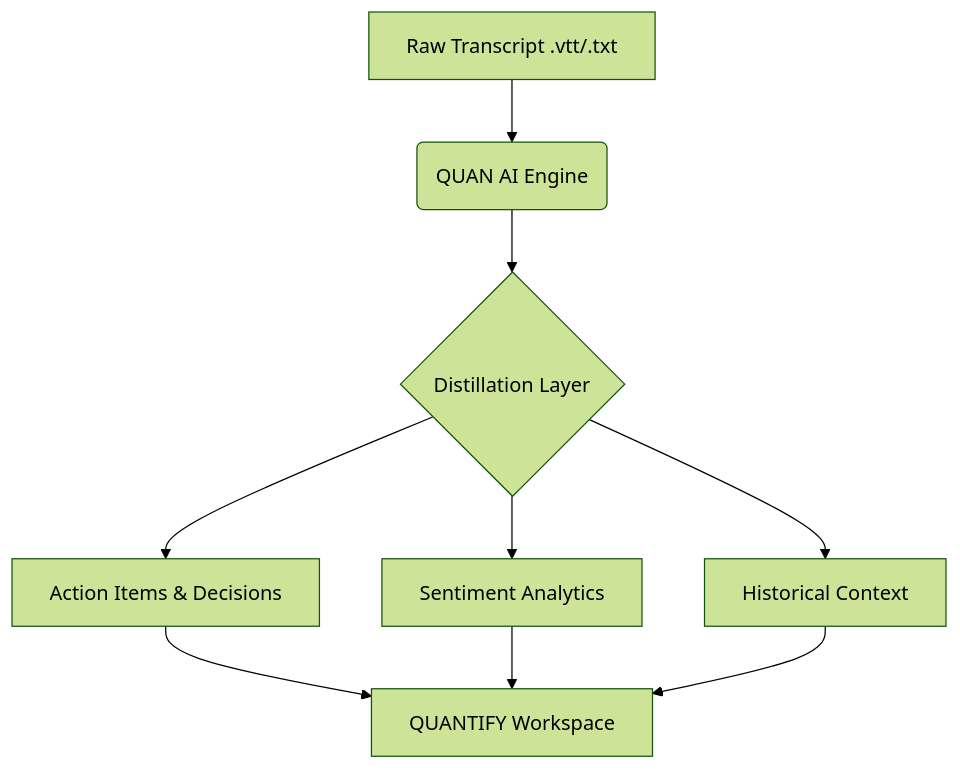
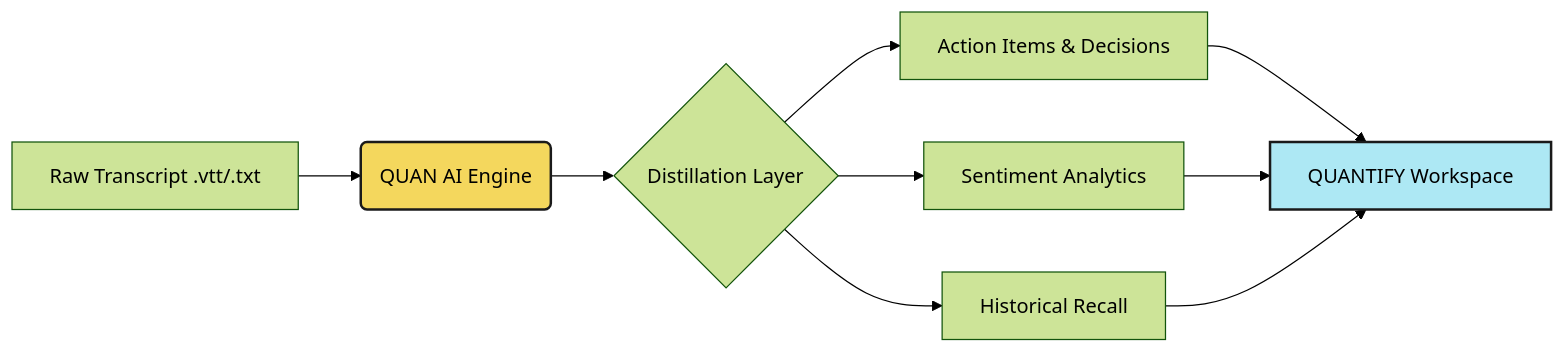
Before and after one commit to alexmathews03/quantify-meeting-intelligence-hub: the diagram in README.md, drawn with Mermaid (forest theme). The commit also changed other lines of this file and 4 other files, not shown here.

````diff
--- a/README.md
+++ b/README.md
@@ -15,9 +24,11 @@
 ```mermaid
-graph TD
-    A[Raw Transcript .vtt/.txt] --> B(QUAN AI Engine)
-    B --> C{Distillation Layer}
-    C --> D[Action Items & Decisions]
-    C --> E[Sentiment Analytics]
-    C --> F[Historical Context]
-    D & E & F --> G[QUANTIFY Workspace]
+graph LR
+    Input[Raw Transcript .vtt/.txt] --> Engine(QUAN AI Engine)
+    Engine --> Logic{Distillation Layer}
+    Logic --> Items[Action Items & Decisions]
+    Logic --> Sentiment[Sentiment Analytics]
+    Logic --> Context[Historical Recall]
+    Items & Sentiment & Context --> Workspace[QUANTIFY Workspace]
+    style Engine fill:#f4d75d,stroke:#1a1a1a,stroke-width:2px
+    style Workspace fill:#ade8f4,stroke:#1a1a1a,stroke-width:2px
 ```
````
